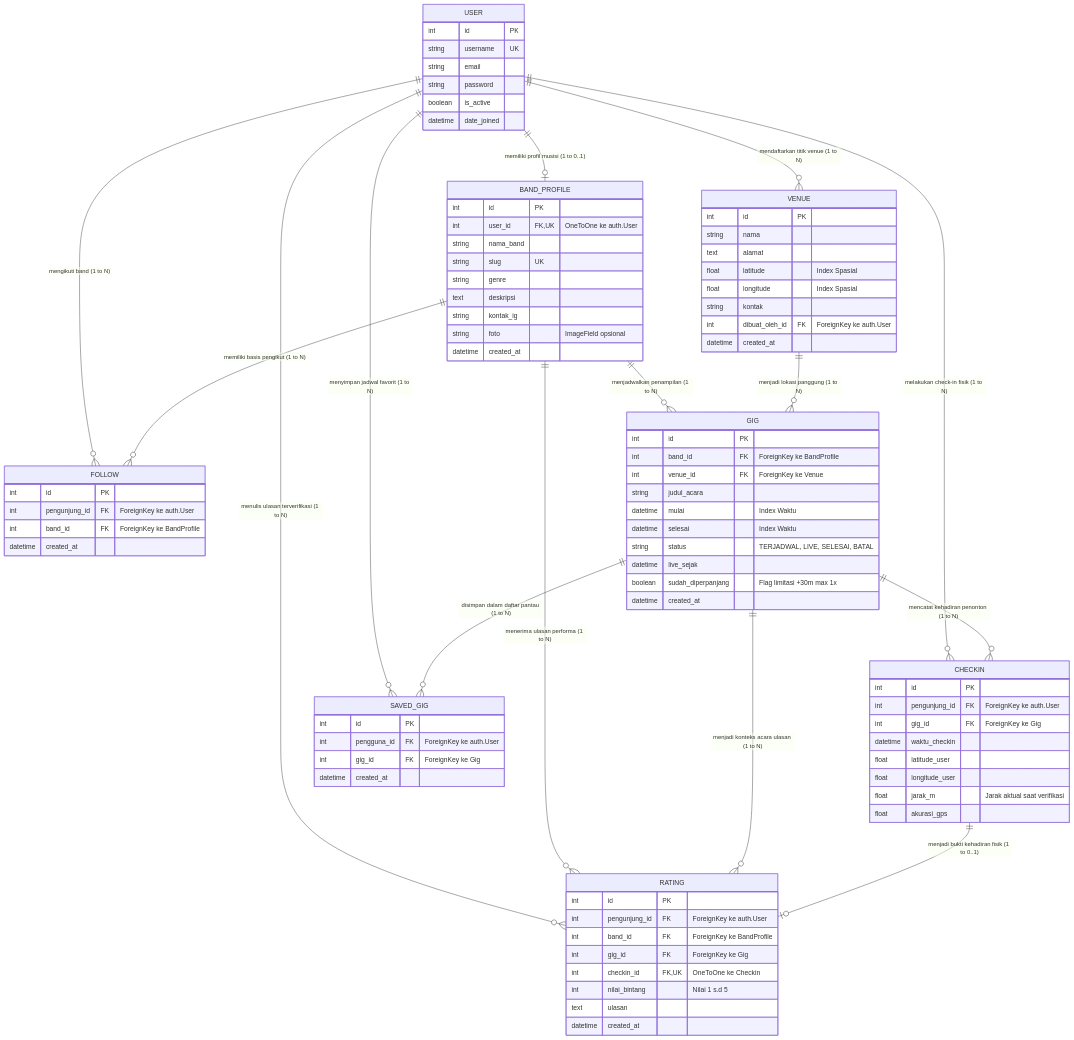
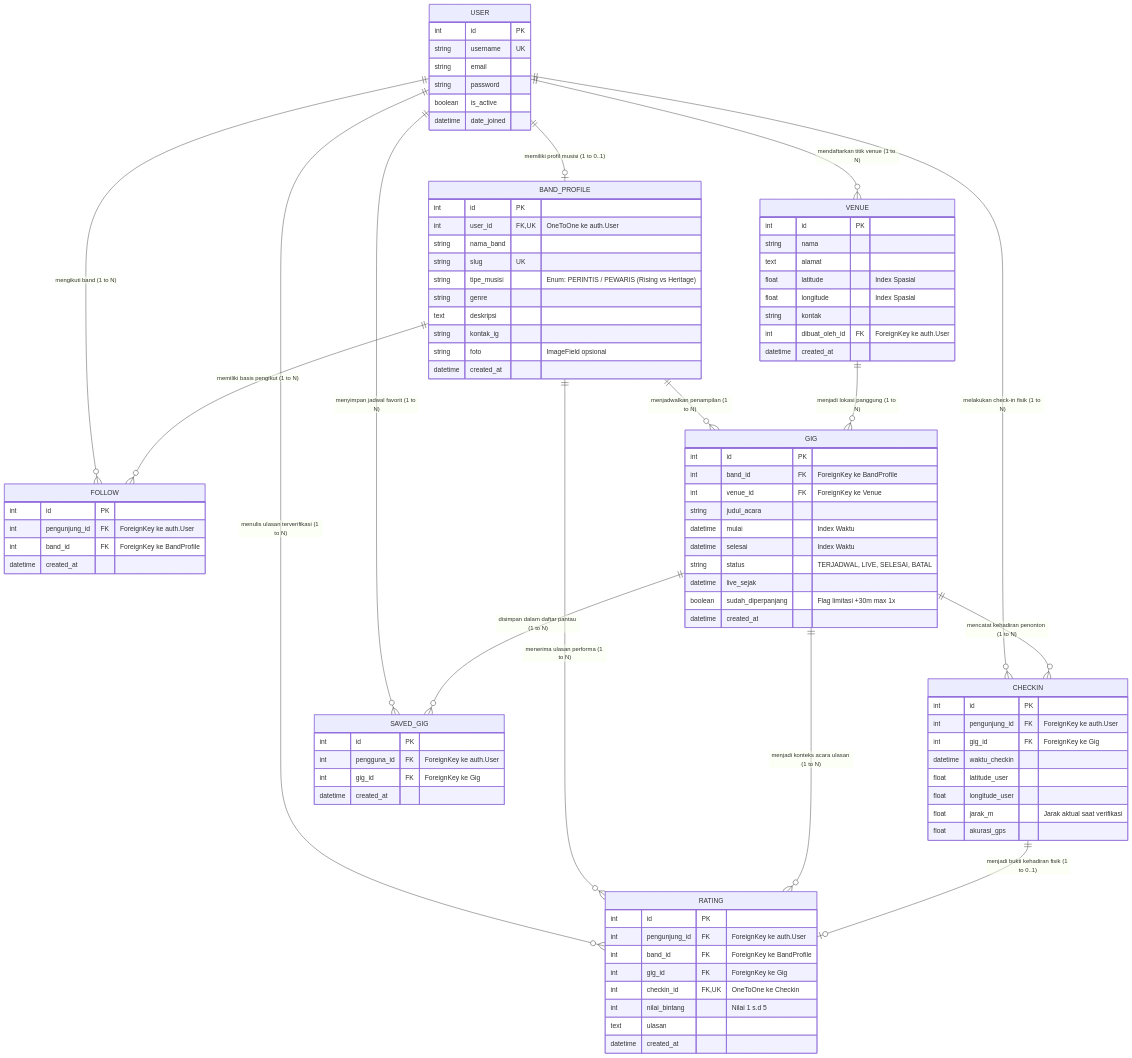
Before and after one commit to BhreKheley/gigs-radar: the diagram in docs/erd_gigs_radar.md, drawn with Mermaid. The commit also changed 32 other files, not shown here.

```diff
--- a/docs/erd_gigs_radar.md
+++ b/docs/erd_gigs_radar.md
@@ -41,6 +41,7 @@
         int user_id FK,UK "OneToOne ke auth.User"
         string nama_band
         string slug UK
+        string tipe_musisi "Enum: PERINTIS / PEWARIS (Rising vs Heritage)"
         string genre
         text deskripsi
         string kontak_ig
```
